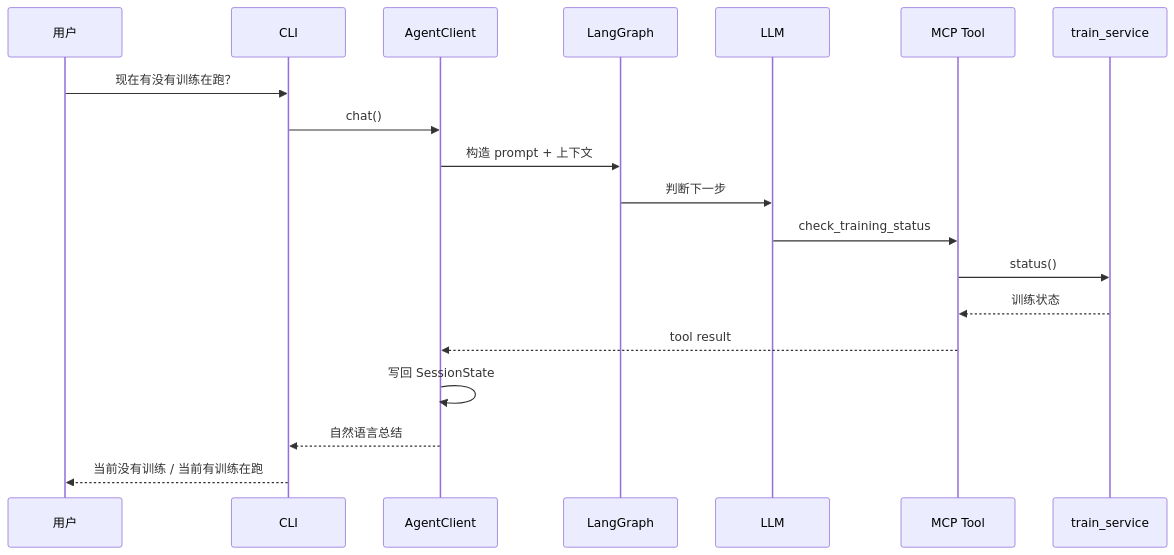
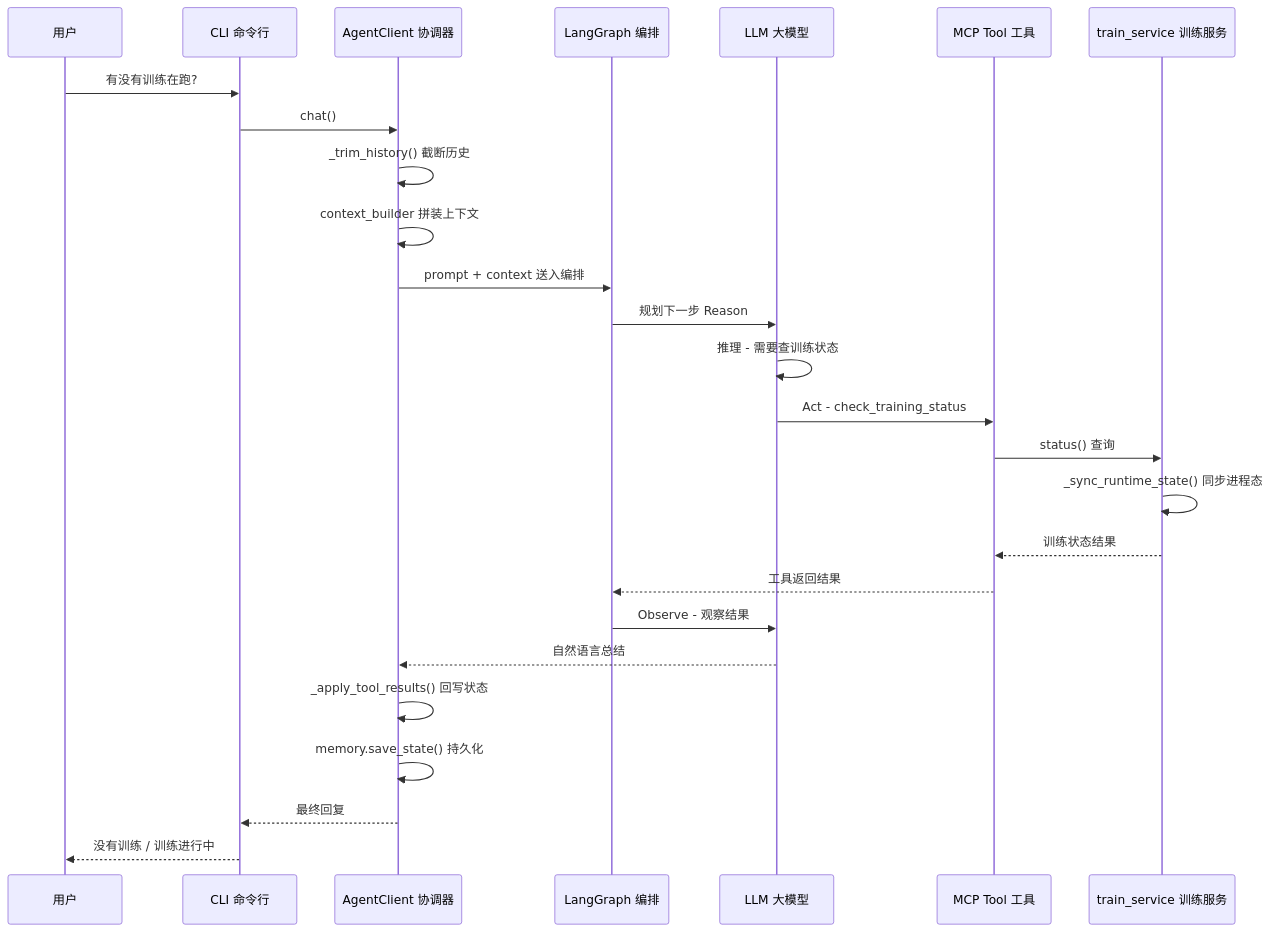
The seventh of 38 diagrams in doc/agent_architecture_learning_guide_2026-04-10.md (KLYkl/yolostudio-agent), drawn with Mermaid before and after one commit. The commit also changed other lines of this file and 70 other files, not shown here.

````diff
--- a/doc/agent_architecture_learning_guide_2026-04-10.md
+++ b/doc/agent_architecture_learning_guide_2026-04-10.md
@@ -270,22 +393,29 @@
 ```mermaid
 sequenceDiagram
     participant User as 用户
-    participant CLI as CLI
-    participant Agent as AgentClient
-    participant Graph as LangGraph
-    participant LLM as LLM
-    participant MCP as MCP Tool
-    participant Train as train_service
+    participant CLI as CLI 命令行
+    participant Agent as AgentClient 协调器
+    participant Graph as LangGraph 编排
+    participant LLM as LLM 大模型
+    participant MCP as MCP Tool 工具
+    participant Train as train_service 训练服务
 
-    User->>CLI: 现在有没有训练在跑？
+    User->>CLI: 有没有训练在跑?
     CLI->>Agent: chat()
-    Agent->>Graph: 构造 prompt + 上下文
-    Graph->>LLM: 判断下一步
-    LLM->>MCP: check_training_status
-    MCP->>Train: status()
-    Train-->>MCP: 训练状态
-    MCP-->>Agent: tool result
-    Agent->>Agent: 写回 SessionState
-    Agent-->>CLI: 自然语言总结
-    CLI-->>User: 当前没有训练 / 当前有训练在跑
+    Agent->>Agent: _trim_history() 截断历史
+    Agent->>Agent: context_builder 拼装上下文
+    Agent->>Graph: prompt + context 送入编排
+    Graph->>LLM: 规划下一步 Reason
+    LLM->>LLM: 推理 - 需要查训练状态
+    LLM->>MCP: Act - check_training_status
+    MCP->>Train: status() 查询
+    Train->>Train: _sync_runtime_state() 同步进程态
+    Train-->>MCP: 训练状态结果
+    MCP-->>Graph: 工具返回结果
+    Graph->>LLM: Observe - 观察结果
+    LLM-->>Agent: 自然语言总结
+    Agent->>Agent: _apply_tool_results() 回写状态
+    Agent->>Agent: memory.save_state() 持久化
+    Agent-->>CLI: 最终回复
+    CLI-->>User: 没有训练 / 训练进行中
 ```
````
